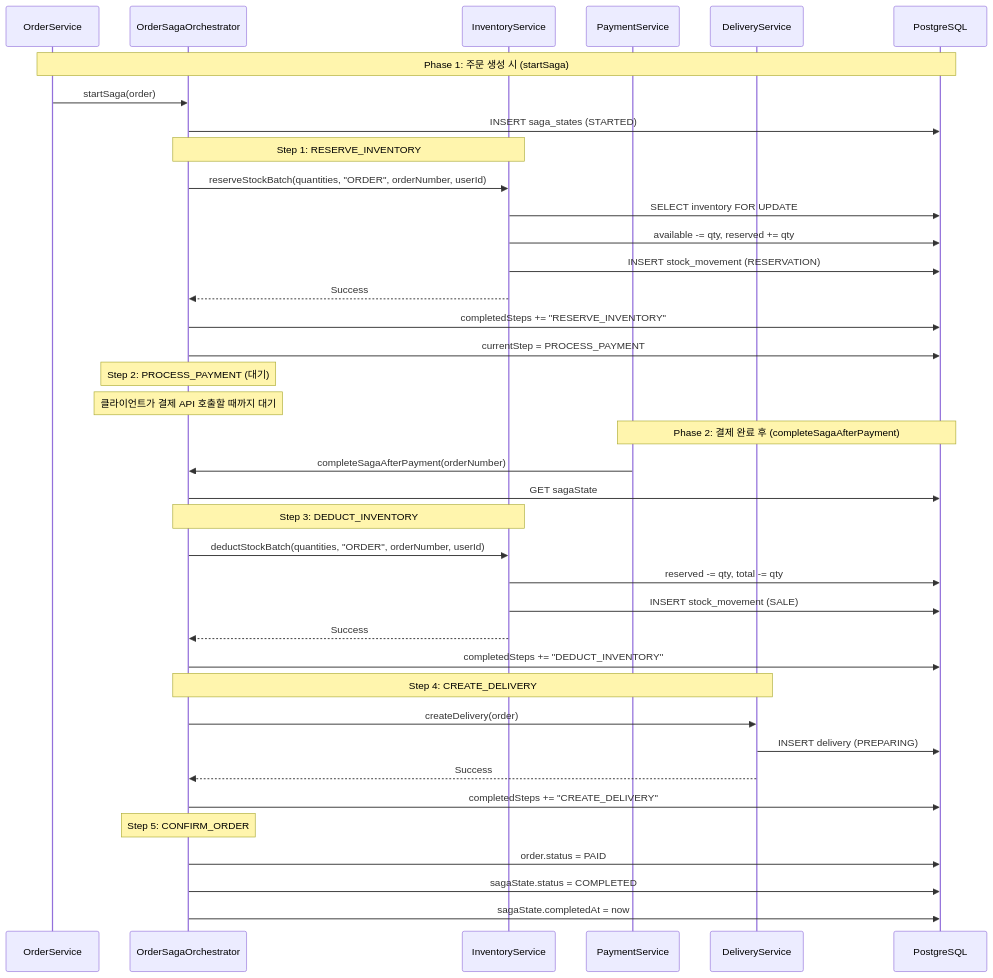
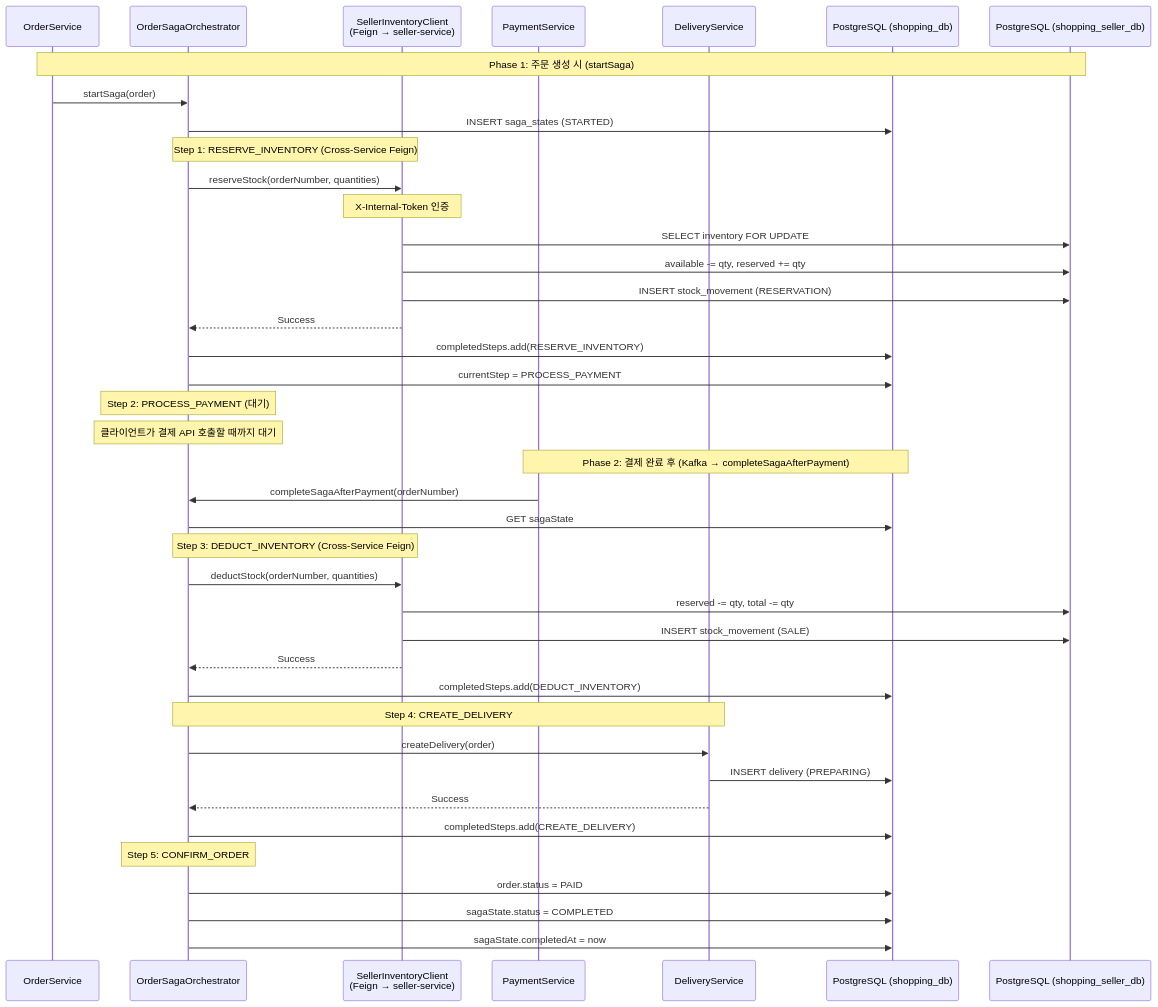
Before and after one commit to L-a-z-e/portal-universe: the third of 6 diagrams in docs/architecture/shopping-service/saga-pattern.md, drawn with Mermaid. The commit also changed other lines of this file and 45 other files, not shown here.

First line of the commit message:
fix(shopping): complete saga cross-service compensation and data integrity (ADR-053)

````diff
--- a/docs/architecture/shopping-service/saga-pattern.md
+++ b/docs/architecture/shopping-service/saga-pattern.md
@@ -147,47 +150,49 @@
 ```mermaid
 sequenceDiagram
     participant OS as OrderService
     participant SAGA as OrderSagaOrchestrator
-    participant IS as InventoryService
+    participant SIC as SellerInventoryClient<br/>(Feign → seller-service)
     participant PS as PaymentService
     participant DS as DeliveryService
-    participant DB as PostgreSQL
+    participant DB as PostgreSQL (shopping_db)
+    participant SDB as PostgreSQL (shopping_seller_db)
 
-    Note over OS,DB: Phase 1: 주문 생성 시 (startSaga)
+    Note over OS,SDB: Phase 1: 주문 생성 시 (startSaga)
     OS->>SAGA: startSaga(order)
     SAGA->>DB: INSERT saga_states (STARTED)
 
-    Note over SAGA,IS: Step 1: RESERVE_INVENTORY
-    SAGA->>IS: reserveStockBatch(quantities, "ORDER", orderNumber, userId)
-    IS->>DB: SELECT inventory FOR UPDATE
-    IS->>DB: available -= qty, reserved += qty
-    IS->>DB: INSERT stock_movement (RESERVATION)
-    IS-->>SAGA: Success
-    SAGA->>DB: completedSteps += "RESERVE_INVENTORY"
+    Note over SAGA,SIC: Step 1: RESERVE_INVENTORY (Cross-Service Feign)
+    SAGA->>SIC: reserveStock(orderNumber, quantities)
+    Note over SIC: X-Internal-Token 인증
+    SIC->>SDB: SELECT inventory FOR UPDATE
+    SIC->>SDB: available -= qty, reserved += qty
+    SIC->>SDB: INSERT stock_movement (RESERVATION)
+    SIC-->>SAGA: Success
+    SAGA->>DB: completedSteps.add(RESERVE_INVENTORY)
     SAGA->>DB: currentStep = PROCESS_PAYMENT
 
     Note over SAGA: Step 2: PROCESS_PAYMENT (대기)
     Note over SAGA: 클라이언트가 결제 API 호출할 때까지 대기
 
-    Note over PS,DB: Phase 2: 결제 완료 후 (completeSagaAfterPayment)
+    Note over PS,DB: Phase 2: 결제 완료 후 (Kafka → completeSagaAfterPayment)
     PS->>SAGA: completeSagaAfterPayment(orderNumber)
     SAGA->>DB: GET sagaState
 
-    Note over SAGA,IS: Step 3: DEDUCT_INVENTORY
-    SAGA->>IS: deductStockBatch(quantities, "ORDER", orderNumber, userId)
-    IS->>DB: reserved -= qty, total -= qty
-    IS->>DB: INSERT stock_movement (SALE)
-    IS-->>SAGA: Success
-    SAGA->>DB: completedSteps += "DEDUCT_INVENTORY"
+    Note over SAGA,SIC: Step 3: DEDUCT_INVENTORY (Cross-Service Feign)
+    SAGA->>SIC: deductStock(orderNumber, quantities)
+    SIC->>SDB: reserved -= qty, total -= qty
+    SIC->>SDB: INSERT stock_movement (SALE)
+    SIC-->>SAGA: Success
+    SAGA->>DB: completedSteps.add(DEDUCT_INVENTORY)
 
     Note over SAGA,DS: Step 4: CREATE_DELIVERY
     SAGA->>DS: createDelivery(order)
     DS->>DB: INSERT delivery (PREPARING)
     DS-->>SAGA: Success
-    SAGA->>DB: completedSteps += "CREATE_DELIVERY"
+    SAGA->>DB: completedSteps.add(CREATE_DELIVERY)
 
     Note over SAGA: Step 5: CONFIRM_ORDER
     SAGA->>DB: order.status = PAID
     SAGA->>DB: sagaState.status = COMPLETED
     SAGA->>DB: sagaState.completedAt = now
 ```
````
